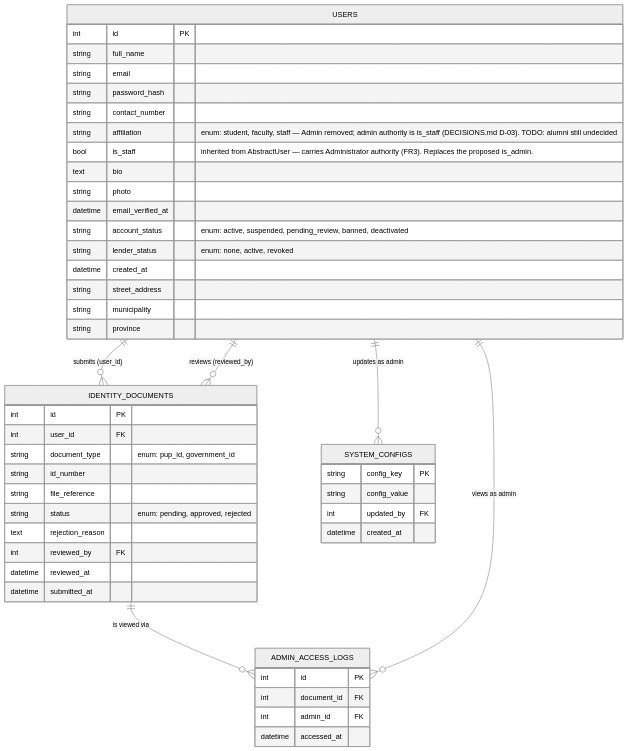
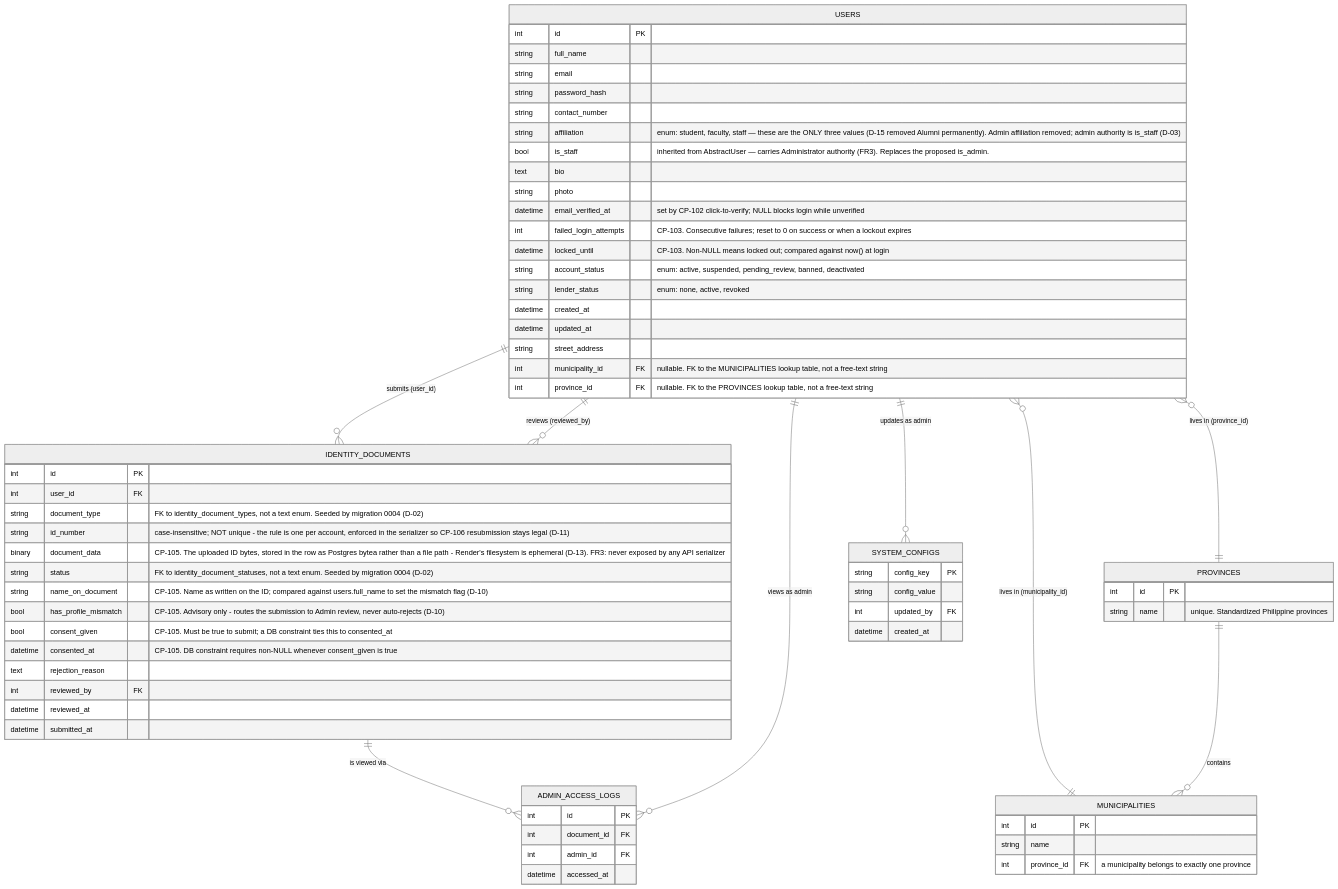
One commit to pup-swe-team/brb-server changed the first of 7 diagrams in docs/COPUP_ERD.md. Above: the diagram before and after it, drawn with Mermaid (neutral theme). The commit also changed other lines of this file and 31 other files, not shown here.

````diff
--- a/docs/COPUP_ERD.md
+++ b/docs/COPUP_ERD.md
@@ -62,54 +65,75 @@
 ```mermaid
 erDiagram
     USERS {
         int id PK
         string full_name
         string email
         string password_hash
         string contact_number
-        string affiliation "enum: student, faculty, staff — Admin removed; admin authority is is_staff (DECISIONS.md D-03). TODO: alumni still undecided"
+        string affiliation "enum: student, faculty, staff — these are the ONLY three values (D-15 removed Alumni permanently). Admin affiliation removed; admin authority is is_staff (D-03)"
         bool is_staff "inherited from AbstractUser — carries Administrator authority (FR3). Replaces the proposed is_admin."
         text bio
         string photo
-        datetime email_verified_at
+        datetime email_verified_at "set by CP-102 click-to-verify; NULL blocks login while unverified"
+        int failed_login_attempts "CP-103. Consecutive failures; reset to 0 on success or when a lockout expires"
+        datetime locked_until "CP-103. Non-NULL means locked out; compared against now() at login"
         string account_status "enum: active, suspended, pending_review, banned, deactivated"
         string lender_status "enum: none, active, revoked"
         datetime created_at
+        datetime updated_at
         string street_address
-        string municipality
-        string province
+        int municipality_id FK "nullable. FK to the MUNICIPALITIES lookup table, not a free-text string"
+        int province_id FK "nullable. FK to the PROVINCES lookup table, not a free-text string"
+    }
+
+    PROVINCES {
+        int id PK
+        string name "unique. Standardized Philippine provinces"
+    }
+
+    MUNICIPALITIES {
+        int id PK
+        string name
+        int province_id FK "a municipality belongs to exactly one province"
     }
 
     IDENTITY_DOCUMENTS {
         int id PK
         int user_id FK
-        string document_type "enum: pup_id, government_id"
-        string id_number
-        string file_reference
-        string status "enum: pending, approved, rejected"
+        string document_type "FK to identity_document_types, not a text enum. Seeded by migration 0004 (D-02)"
+        string id_number "case-insensitive; NOT unique - the rule is one per account, enforced in the serializer so CP-106 resubmission stays legal (D-11)"
+        binary document_data "CP-105. The uploaded ID bytes, stored in the row as Postgres bytea rather than a file path - Render's filesystem is ephemeral (D-13). FR3: never exposed by any API serializer"
+        string status "FK to identity_document_statuses, not a text enum. Seeded by migration 0004 (D-02)"
+        string name_on_document "CP-105. Name as written on the ID; compared against users.full_name to set the mismatch flag (D-10)"
+        bool has_profile_mismatch "CP-105. Advisory only - routes the submission to Admin review, never auto-rejects (D-10)"
+        bool consent_given "CP-105. Must be true to submit; a DB constraint ties this to consented_at"
+        datetime consented_at "CP-105. DB constraint requires non-NULL whenever consent_given is true"
         text rejection_reason
         int reviewed_by FK
         datetime reviewed_at
         datetime submitted_at
     }
 
     ADMIN_ACCESS_LOGS {
         int id PK
         int document_id FK
         int admin_id FK
         datetime accessed_at
     }
 
     SYSTEM_CONFIGS {
         string config_key PK
         string config_value
         int updated_by FK
         datetime created_at
     }
 
     USERS ||--o{ IDENTITY_DOCUMENTS : "submits (user_id)"
     USERS ||--o{ IDENTITY_DOCUMENTS : "reviews (reviewed_by)"
     IDENTITY_DOCUMENTS ||--o{ ADMIN_ACCESS_LOGS : "is viewed via"
     USERS ||--o{ ADMIN_ACCESS_LOGS : "views as admin"
     USERS ||--o{ SYSTEM_CONFIGS : "updates as admin"
+    USERS }o--|| MUNICIPALITIES : "lives in (municipality_id)"
+    USERS }o--|| PROVINCES : "lives in (province_id)"
+    PROVINCES ||--o{ MUNICIPALITIES : "contains"
 ```
````
